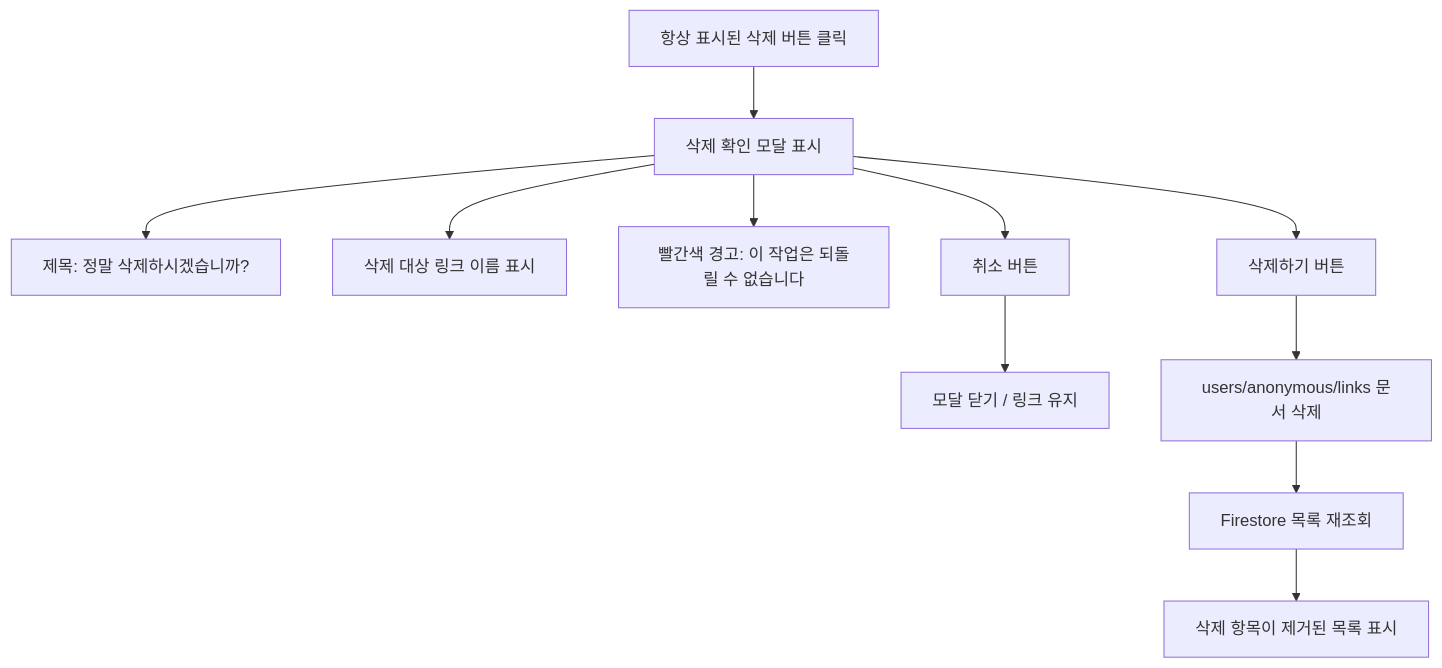
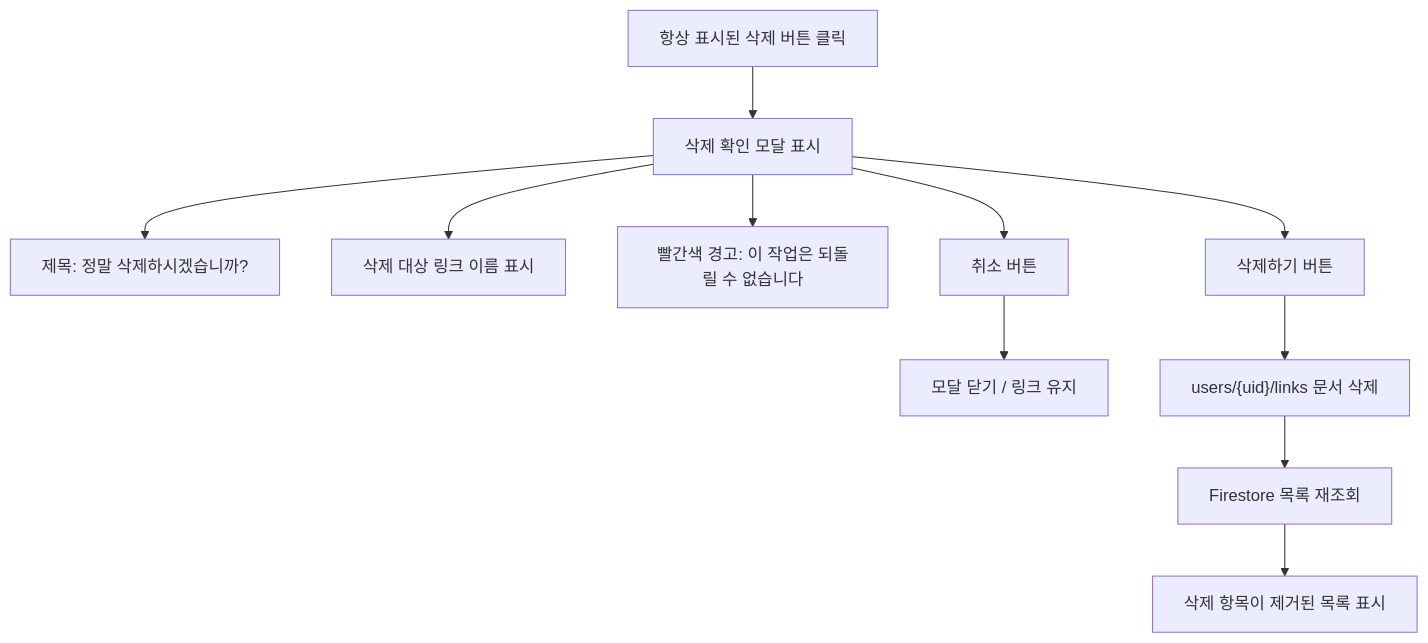
The ninth of 13 diagrams in docs/Wireframe.md (olivesch/my-link), drawn with Mermaid before and after one commit. The commit also changed other lines of this file and 25 other files, not shown here.

````diff
--- a/docs/Wireframe.md
+++ b/docs/Wireframe.md
@@ -224,13 +254,13 @@
 ```mermaid
 flowchart TD
   A["항상 표시된 삭제 버튼 클릭"] --> B["삭제 확인 모달 표시"]
   B --> C["제목: 정말 삭제하시겠습니까?"]
   B --> D["삭제 대상 링크 이름 표시"]
   B --> E["빨간색 경고: 이 작업은 되돌릴 수 없습니다"]
   B --> F["취소 버튼"]
   B --> G["삭제하기 버튼"]
   F --> H["모달 닫기 / 링크 유지"]
-  G --> I["users/anonymous/links 문서 삭제"]
+  G --> I["users/{uid}/links 문서 삭제"]
   I --> J["Firestore 목록 재조회"]
   J --> K["삭제 항목이 제거된 목록 표시"]
 ```
````
